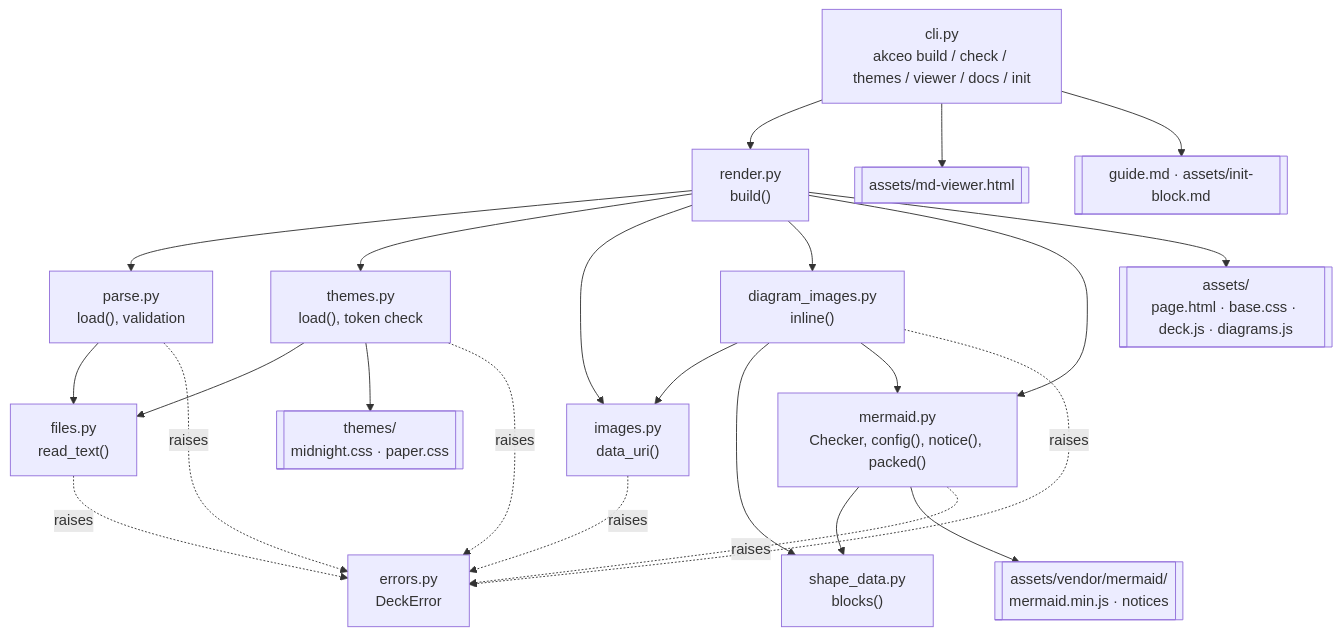
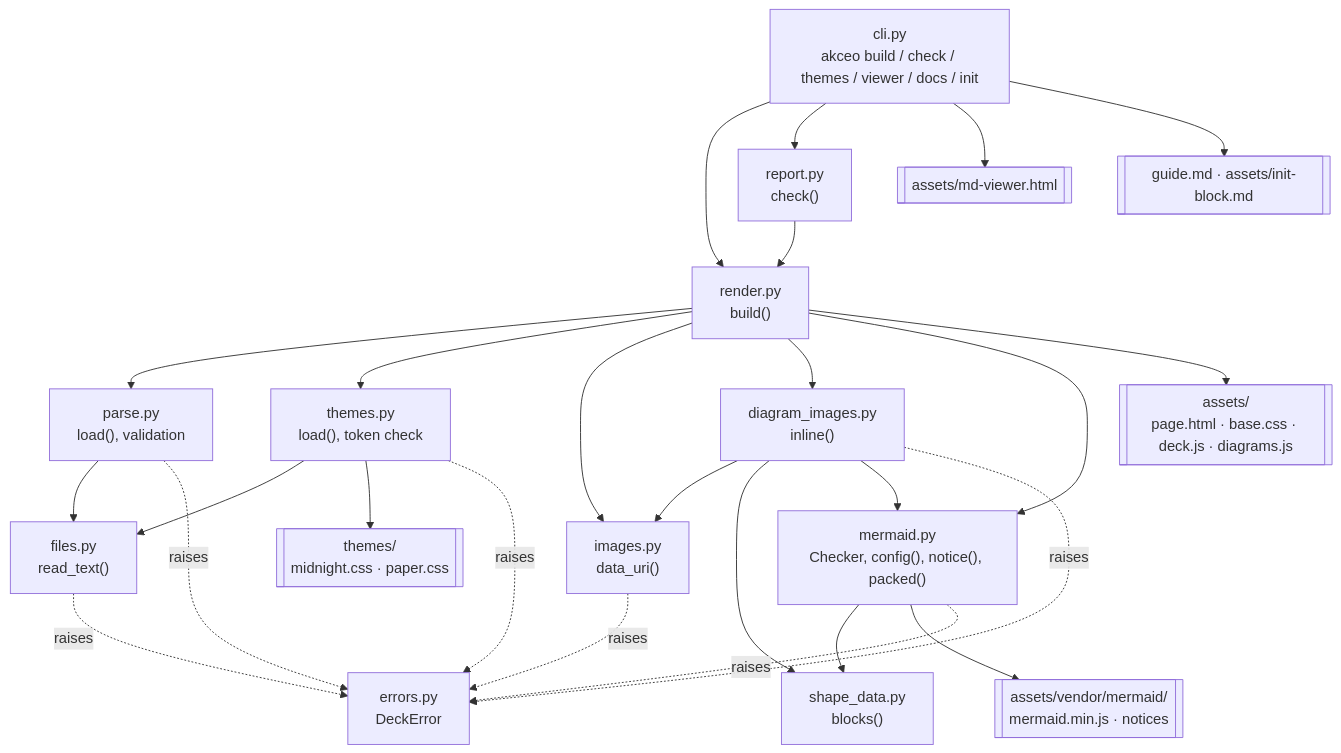
Before and after one commit to LunarCommand/akceo: the fifth of 11 diagrams in docs/how-it-works.md, drawn with Mermaid. The commit also changed other lines of this file and 20 other files, not shown here.

````diff
--- a/docs/how-it-works.md
+++ b/docs/how-it-works.md
@@ -197,26 +198,28 @@
 ```mermaid
 flowchart TD
     cli["cli.py<br/>akceo build / check / themes / viewer / docs / init"] --> render["render.py<br/>build()"]
+    cli --> report["report.py<br/>check()"]
+    report --> render
     render --> parse["parse.py<br/>load(), validation"]
     parse --> files["files.py<br/>read_text()"]
     render --> themes["themes.py<br/>load(), token check"]
     themes --> files
     render --> images["images.py<br/>data_uri()"]
     render --> dimages["diagram_images.py<br/>inline()"]
     dimages --> images
     dimages --> shape["shape_data.py<br/>blocks()"]
     render --> mermaid["mermaid.py<br/>Checker, config(), notice(), packed()"]
     dimages --> mermaid
     mermaid --> shape
     mermaid --> vendor[["assets/vendor/mermaid/<br/>mermaid.min.js · notices"]]
     render --> assets[["assets/<br/>page.html · base.css · deck.js · diagrams.js"]]
     themes --> builtin[["themes/<br/>midnight.css · paper.css"]]
     cli --> viewer[["assets/md-viewer.html"]]
     cli --> guide[["guide.md · assets/init-block.md"]]
     parse -.->|raises| err["errors.py<br/>DeckError"]
     themes -.->|raises| err
     images -.->|raises| err
     dimages -.->|raises| err
     mermaid -.->|raises| err
     files -.->|raises| err
 ```
````
